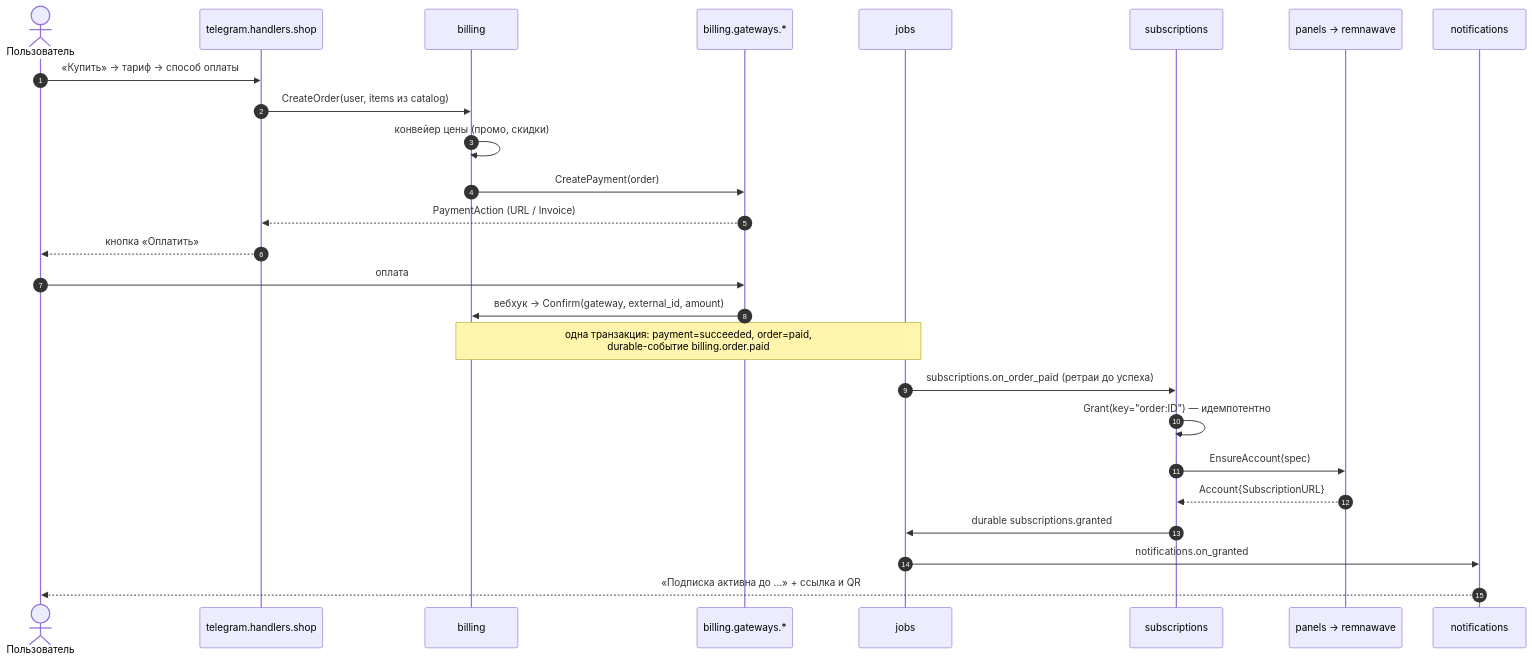
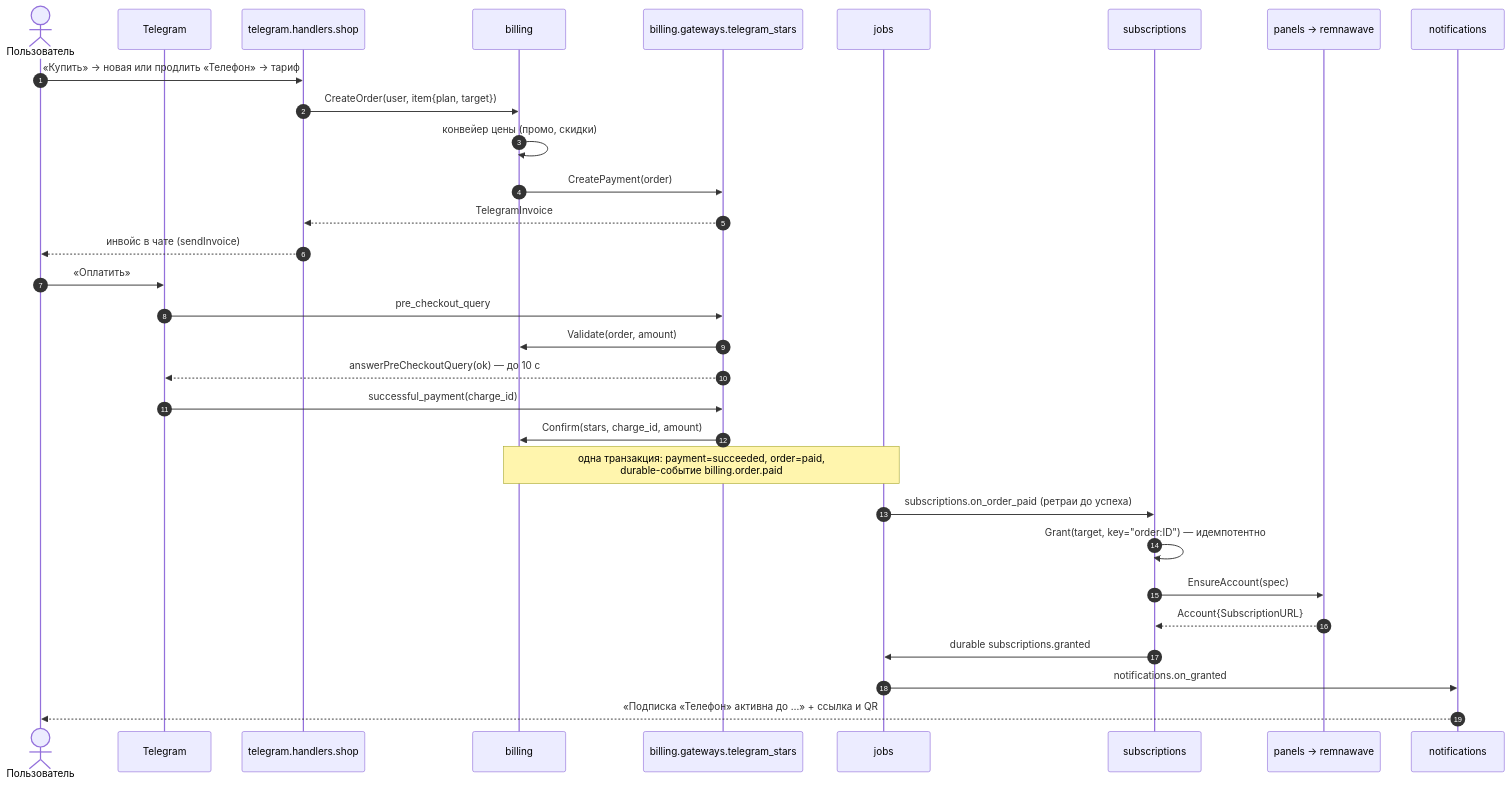
The third of 3 diagrams in docs/PLAN.md (Tori43-hash/TORS), drawn with Mermaid before and after one commit. The commit also changed other lines of this file, not shown here.

First line of the commit message:
docs: apply MVP decisions to architecture plan

````diff
--- a/docs/PLAN.md
+++ b/docs/PLAN.md
@@ -667,29 +709,34 @@
 ```mermaid
 sequenceDiagram
     autonumber
     actor U as Пользователь
+    participant T as Telegram
     participant TG as telegram.handlers.shop
     participant B as billing
-    participant GW as billing.gateways.*
+    participant ST as billing.gateways.telegram_stars
     participant J as jobs
     participant S as subscriptions
     participant P as panels → remnawave
     participant N as notifications
 
-    U->>TG: «Купить» → тариф → способ оплаты
-    TG->>B: CreateOrder(user, items из catalog)
+    U->>TG: «Купить» → новая или продлить «Телефон» → тариф
+    TG->>B: CreateOrder(user, item{plan, target})
     B->>B: конвейер цены (промо, скидки)
-    B->>GW: CreatePayment(order)
-    GW-->>TG: PaymentAction (URL / Invoice)
-    TG-->>U: кнопка «Оплатить»
-    U->>GW: оплата
-    GW->>B: вебхук → Confirm(gateway, external_id, amount)
+    B->>ST: CreatePayment(order)
+    ST-->>TG: TelegramInvoice
+    TG-->>U: инвойс в чате (sendInvoice)
+    U->>T: «Оплатить»
+    T->>ST: pre_checkout_query
+    ST->>B: Validate(order, amount)
+    ST-->>T: answerPreCheckoutQuery(ok) — до 10 с
+    T->>ST: successful_payment(charge_id)
+    ST->>B: Confirm(stars, charge_id, amount)
     Note over B,J: одна транзакция: payment=succeeded, order=paid,<br/>durable-событие billing.order.paid
     J->>S: subscriptions.on_order_paid (ретраи до успеха)
-    S->>S: Grant(key="order:ID") — идемпотентно
+    S->>S: Grant(target, key="order:ID") — идемпотентно
     S->>P: EnsureAccount(spec)
     P-->>S: Account{SubscriptionURL}
     S->>J: durable subscriptions.granted
     J->>N: notifications.on_granted
-    N-->>U: «Подписка активна до …» + ссылка и QR
+    N-->>U: «Подписка «Телефон» активна до …» + ссылка и QR
 ```
````
